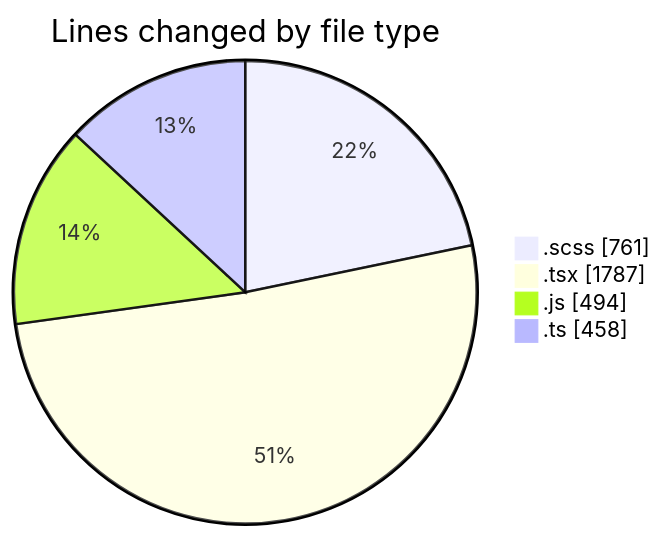
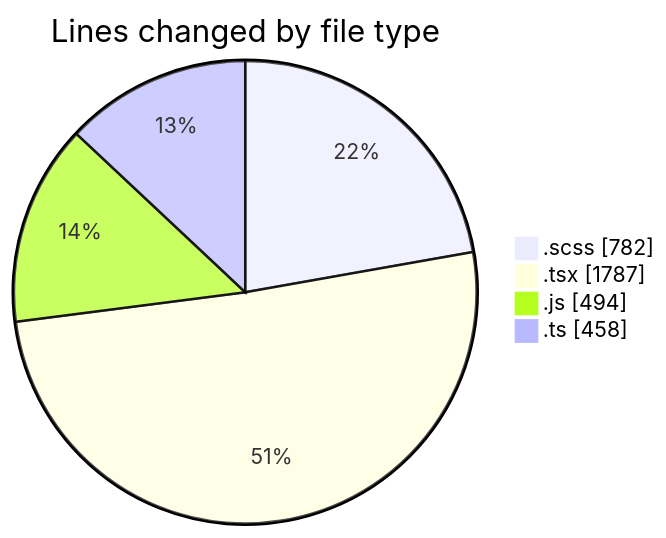
Before and after one commit to momahboobian/code-tracking: the first of 2 diagrams in 2025-03-14/cda/README.md, drawn with Mermaid. The commit also changed other lines of this file and 1 other file, not shown here.

Commit message:
type(cda): Modified lines in files by 2693 (-1844) with active time of 564 minutes (+560). Added SendToYourself.scss file (-0) and modified AlertForm.test.tsx, SendToYourself.tsx, and index.tsx files (+187 -36), (+29 -0), (+3 -0).

````diff
--- a/2025-03-14/cda/README.md
+++ b/2025-03-14/cda/README.md
@@ -38,8 +39,8 @@
 ```mermaid
 pie showData
 title Lines changed by file type
-".scss" : 761
+".scss" : 782
 ".tsx" : 1787
 ".js" : 494
 ".ts" : 458
 ```
````
